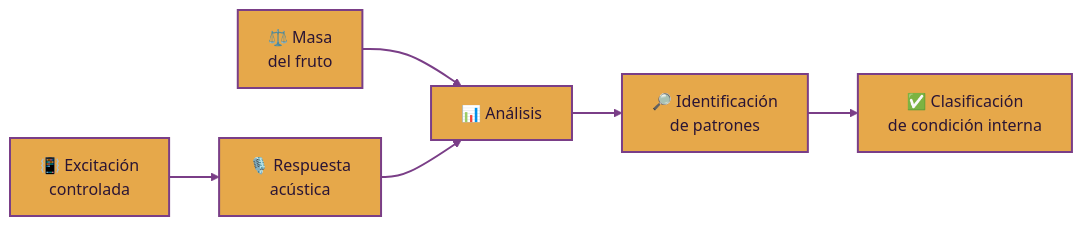
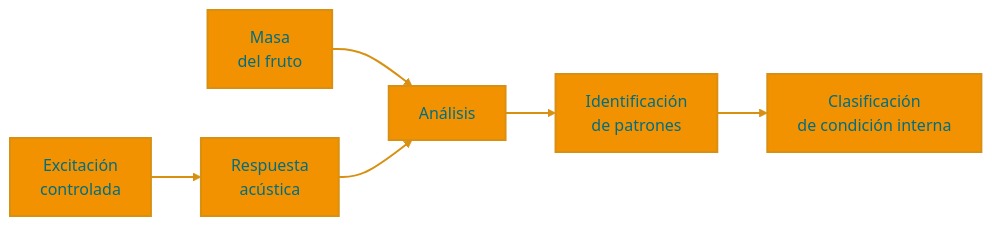
One commit to Cesarapcho/PI_Equipo_03 changed the fifth of 5 diagrams in README.md. Above: the diagram before and after it, drawn with Mermaid. The commit also changed other lines of this file, not shown here.

````diff
--- a/README.md
+++ b/README.md
@@ -340,17 +357,17 @@
-```mermaid
+``` mermaid
 flowchart LR
-    I["📳 Excitación<br/>controlada"] --> S["🎙️ Respuesta<br/>acústica"]
+    I["Excitación<br/>controlada"] --> S["Respuesta<br/>acústica"]
 
-    M["⚖️ Masa<br/>del fruto"] --> A["📊 Análisis"]
+    M["Masa<br/>del fruto"] --> A["Análisis"]
 
     S --> A
 
-    A --> P["🔎 Identificación<br/>de patrones"]
+    A --> P["Identificación<br/>de patrones"]
 
-    P --> C["✅ Clasificación<br/>de condición interna"]
+    P --> C["Clasificación<br/>de condición interna"]
 
-    classDef smart fill:#E6A84A,color:#2A1535,stroke:#7A3E87,stroke-width:2px;
+    classDef smart fill:#F39200,color:#006D82,stroke:#D89012,stroke-width:2px;
     class I,S,M,A,P,C smart;
 
-    linkStyle default stroke:#7A3E87,stroke-width:2px;
+    linkStyle default stroke:#D89012,stroke-width:2px;
 ```
````
